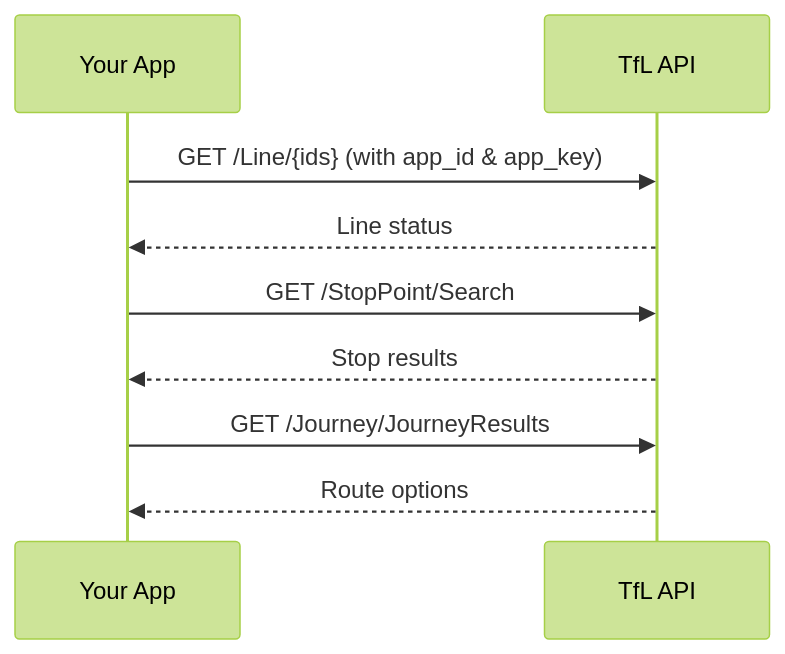
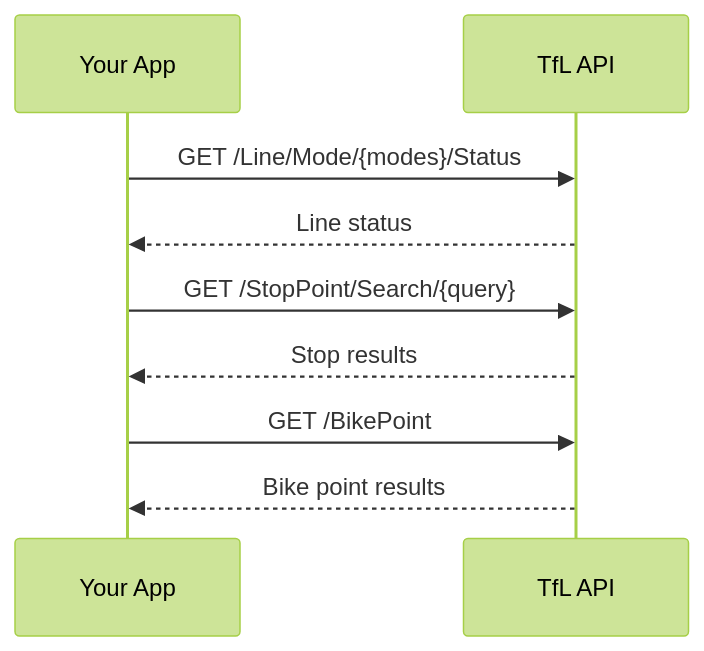
One commit to matthewrgourd/doc-platform changed the diagram in docs/tfl/getting-started/index.md. Above: the diagram before and after it, drawn with Mermaid (forest theme). The commit also changed other lines of this file and 18 other files, not shown here.

````diff
--- a/docs/tfl/getting-started/index.md
+++ b/docs/tfl/getting-started/index.md
@@ -26,14 +26,14 @@
 ```mermaid
 sequenceDiagram
     participant Your App
     participant TfL API
 
-    Your App->>TfL API: GET /Line/{ids} (with app_id & app_key)
+    Your App->>TfL API: GET /Line/Mode/{modes}/Status
     TfL API-->>Your App: Line status
 
-    Your App->>TfL API: GET /StopPoint/Search
+    Your App->>TfL API: GET /StopPoint/Search/{query}
     TfL API-->>Your App: Stop results
 
-    Your App->>TfL API: GET /Journey/JourneyResults
-    TfL API-->>Your App: Route options
+    Your App->>TfL API: GET /BikePoint
+    TfL API-->>Your App: Bike point results
 ```
````
